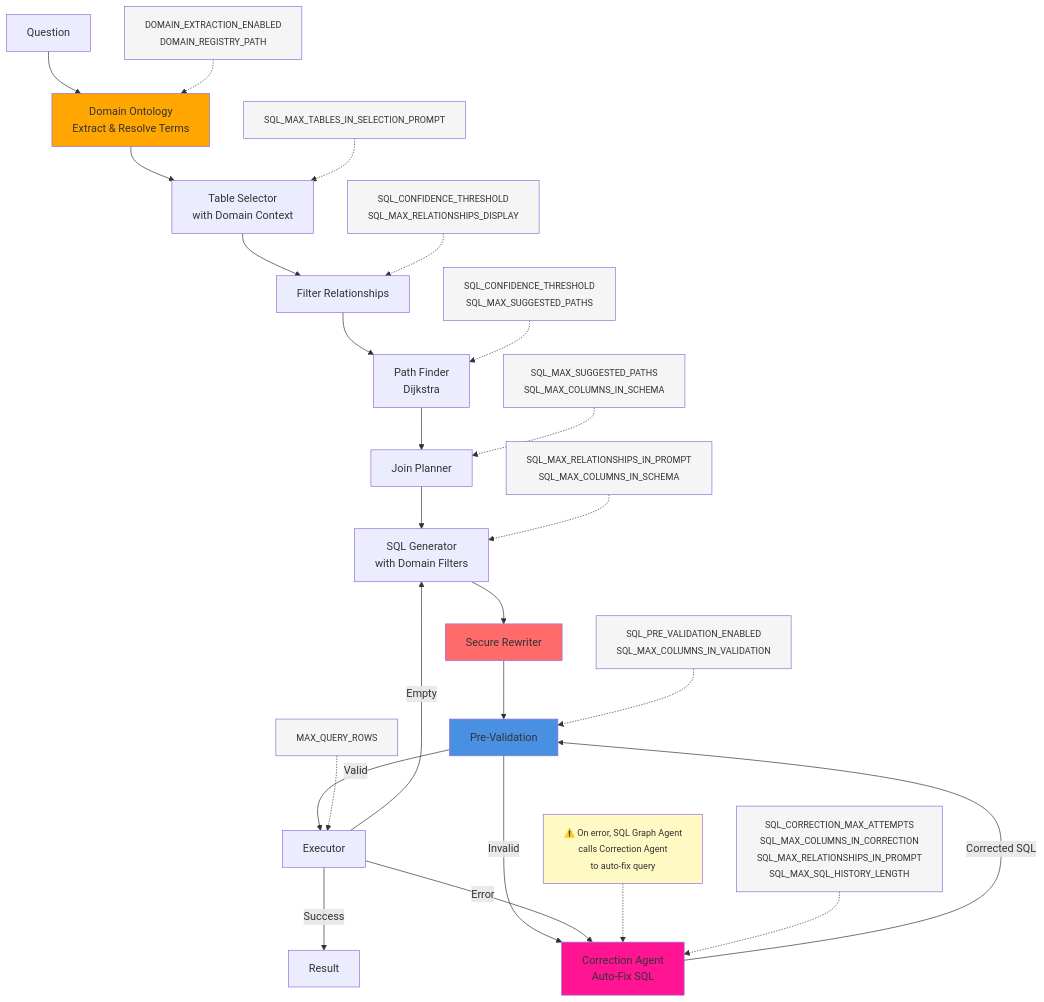
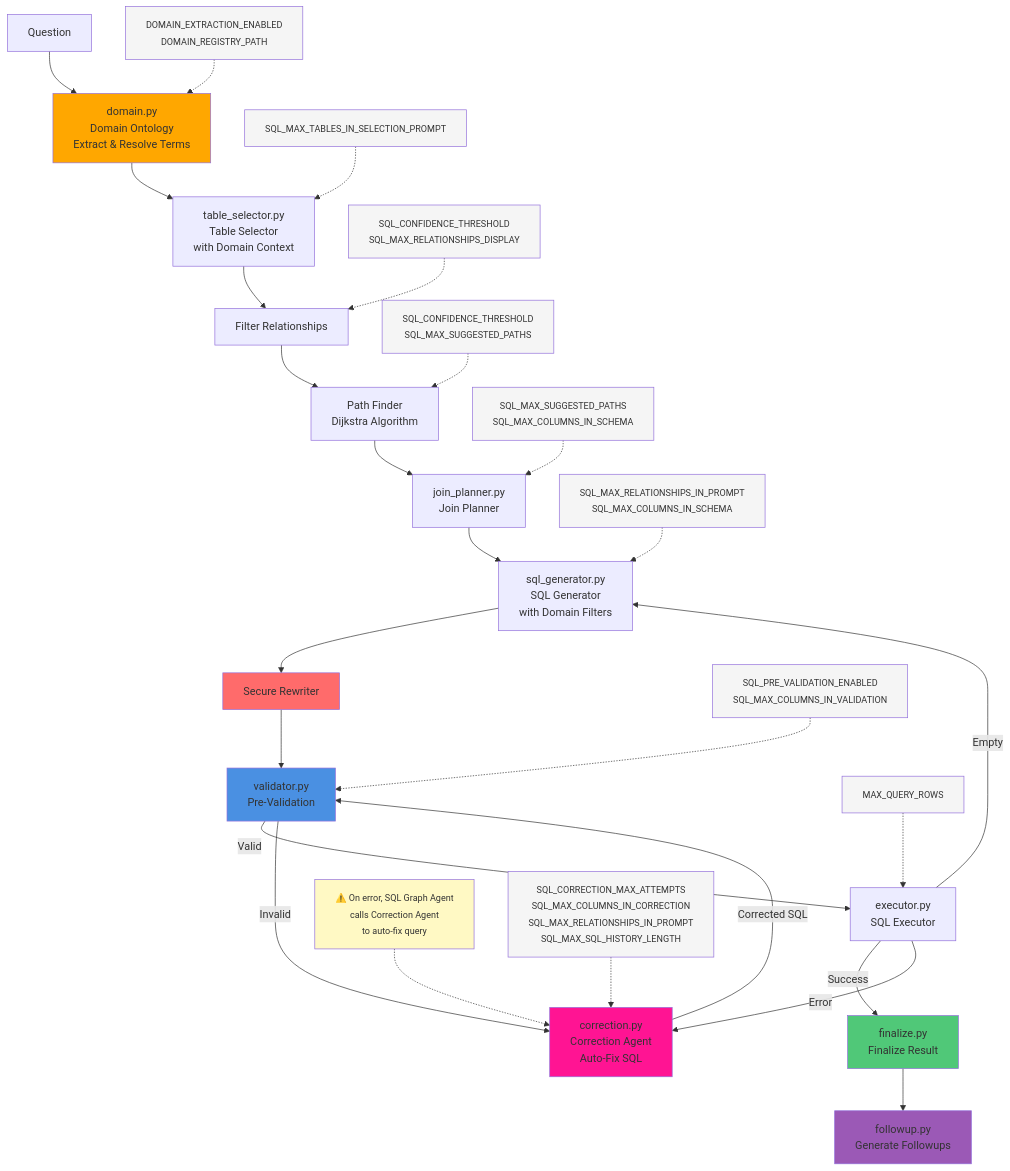
Before and after one commit to sandinosaso/advanced-ai-agent: the fourth of 17 diagrams in docs/ARCHITECTURE.md, drawn with Mermaid. The commit also changed other lines of this file and 2 other files, not shown here.

````diff
--- a/docs/ARCHITECTURE.md
+++ b/docs/ARCHITECTURE.md
@@ -168,44 +175,47 @@
 ```mermaid
 graph TB
-    A[Question] --> A1[Domain Ontology<br/>Extract & Resolve Terms]
-    A1 --> B[Table Selector<br/>with Domain Context]
+    A[Question] --> A1[domain.py<br/>Domain Ontology<br/>Extract & Resolve Terms]
+    A1 --> B[table_selector.py<br/>Table Selector<br/>with Domain Context]
     B --> C[Filter Relationships]
-    C --> D[Path Finder<br/>Dijkstra]
-    D --> E[Join Planner]
-    E --> F[SQL Generator<br/>with Domain Filters]
+    C --> D[Path Finder<br/>Dijkstra Algorithm]
+    D --> E[join_planner.py<br/>Join Planner]
+    E --> F[sql_generator.py<br/>SQL Generator<br/>with Domain Filters]
     F --> G[Secure Rewriter]
-    G --> H[Pre-Validation]
-    H -->|Valid| I[Executor]
-    H -->|Invalid| J[Correction Agent<br/>Auto-Fix SQL]
+    G --> H[validator.py<br/>Pre-Validation]
+    H -->|Valid| I[executor.py<br/>SQL Executor]
+    H -->|Invalid| J[correction.py<br/>Correction Agent<br/>Auto-Fix SQL]
     J -->|Corrected SQL| H
-    I -->|Success| K[Result]
+    I -->|Success| K[finalize.py<br/>Finalize Result]
     I -->|Error| J
     I -->|Empty| F
+    K --> L[followup.py<br/>Generate Followups]
     
     note1["<small>⚠️ On error, SQL Graph Agent<br/>calls Correction Agent<br/>to auto-fix query</small>"] -.-> J
     
     A2["<small>DOMAIN_EXTRACTION_ENABLED<br/>DOMAIN_REGISTRY_PATH</small>"] -.-> A1
     B2["<small>SQL_MAX_TABLES_IN_SELECTION_PROMPT</small>"] -.-> B
     C2["<small>SQL_CONFIDENCE_THRESHOLD<br/>SQL_MAX_RELATIONSHIPS_DISPLAY</small>"] -.-> C
     D2["<small>SQL_CONFIDENCE_THRESHOLD<br/>SQL_MAX_SUGGESTED_PATHS</small>"] -.-> D
     E2["<small>SQL_MAX_SUGGESTED_PATHS<br/>SQL_MAX_COLUMNS_IN_SCHEMA</small>"] -.-> E
     F2["<small>SQL_MAX_RELATIONSHIPS_IN_PROMPT<br/>SQL_MAX_COLUMNS_IN_SCHEMA</small>"] -.-> F
     H2["<small>SQL_PRE_VALIDATION_ENABLED<br/>SQL_MAX_COLUMNS_IN_VALIDATION</small>"] -.-> H
     I2["<small>MAX_QUERY_ROWS</small>"] -.-> I
     J2["<small>SQL_CORRECTION_MAX_ATTEMPTS<br/>SQL_MAX_COLUMNS_IN_CORRECTION<br/>SQL_MAX_RELATIONSHIPS_IN_PROMPT<br/>SQL_MAX_SQL_HISTORY_LENGTH</small>"] -.-> J
     
     style A1 fill:#FFA700
     style G fill:#FF6B6B
     style H fill:#4A90E2
     style J fill:#FF1493
+    style K fill:#50C878
+    style L fill:#9B59B6
     style A2 fill:#F5F5F5
     style B2 fill:#F5F5F5
     style C2 fill:#F5F5F5
     style D2 fill:#F5F5F5
     style E2 fill:#F5F5F5
     style F2 fill:#F5F5F5
     style H2 fill:#F5F5F5
     style I2 fill:#F5F5F5
     style J2 fill:#F5F5F5
     style note1 fill:#FFF9C4
 ```
````
